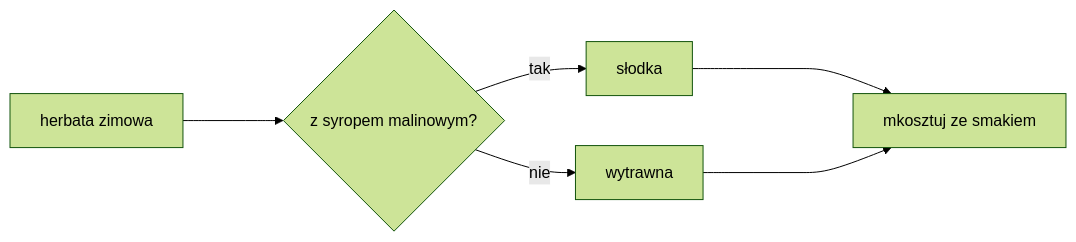
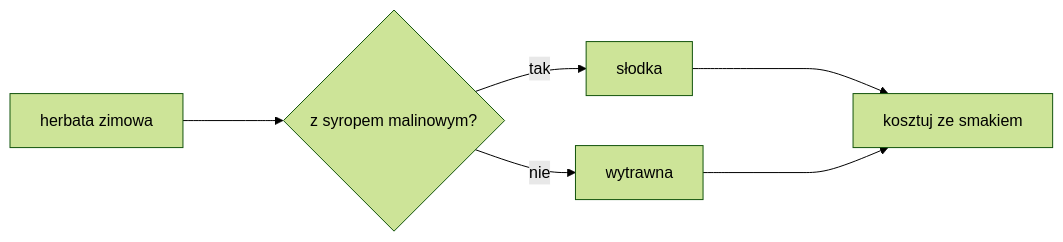
One commit to LeBerek/Markdown_vistula changed the diagram in Formaty alternatywne.md. Above: the diagram before and after it, drawn with Mermaid. The commit also changed other lines of this file and 1 other file, not shown here.

````diff
--- a/Formaty alternatywne.md
+++ b/Formaty alternatywne.md
@@ -102,9 +107,9 @@
 ```mermaid
  %%{init: {'theme': 'forest', "flowchart" : { "curve" : "basis" } } }%%
    flowchart LR
     A[herbata zimowa] ---> B{z syropem malinowym?};
     B --tak--> C[słodka];
     B --nie--> D[wytrawna];
     C ----> E[kosztuj ze smakiem];
-    D ----> E[mkosztuj ze smakiem];
+    D ----> E[kosztuj ze smakiem];
 ```
````
